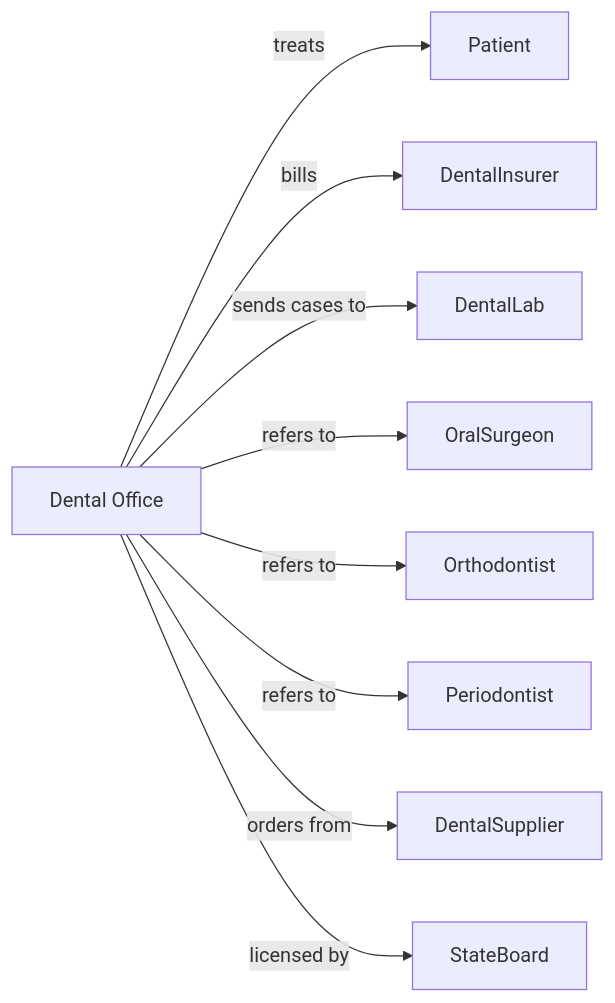
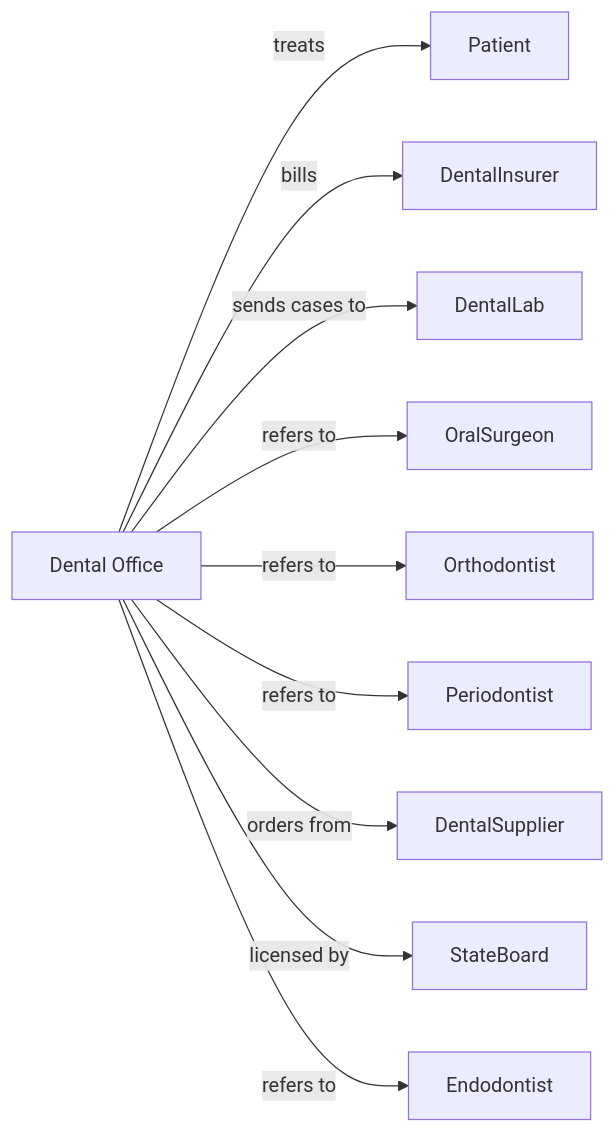
Before and after one commit to dot-org-ai/industries.org.ai: the second of 2 diagrams in HealthCare/AmbulatoryHealthCareServices/OfficesOfDentists/OfficesOfDentists.mdx, drawn with Mermaid. The commit also changed other lines of this file and 588 other files, not shown here.

````diff
--- a/HealthCare/AmbulatoryHealthCareServices/OfficesOfDentists/OfficesOfDentists.mdx
+++ b/HealthCare/AmbulatoryHealthCareServices/OfficesOfDentists/OfficesOfDentists.mdx
@@ -139,13 +139,14 @@
 ```mermaid
 graph LR
     D[Dental Office]
 
     D -->|treats| Patient
     D -->|bills| DentalInsurer
     D -->|sends cases to| DentalLab
     D -->|refers to| OralSurgeon
     D -->|refers to| Orthodontist
     D -->|refers to| Periodontist
     D -->|orders from| DentalSupplier
     D -->|licensed by| StateBoard
+    D -->|refers to| Endodontist
 ```
````
